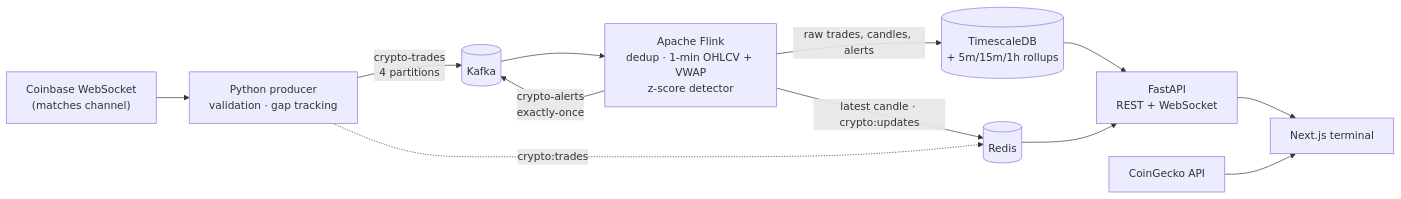
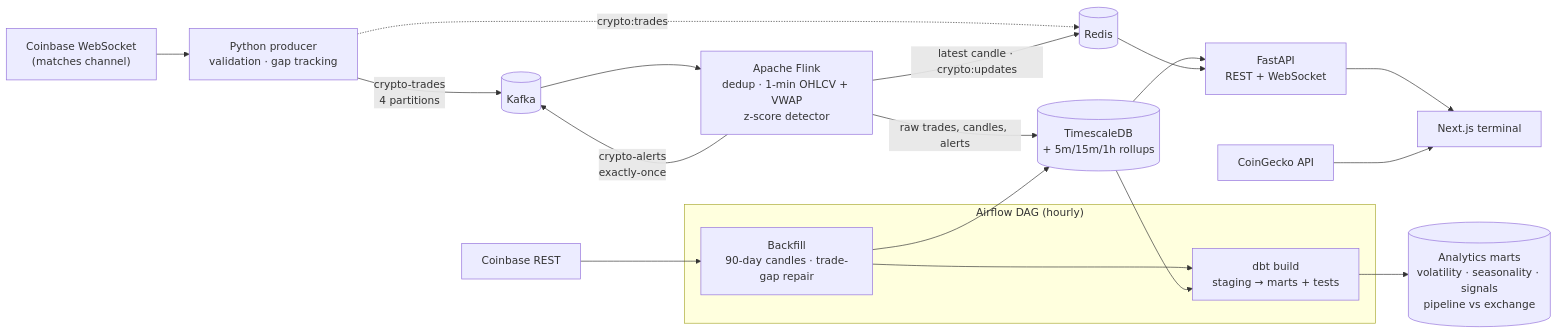
Before and after one commit to DiazSk/Real-Time-Cryptocurrency-Market-Analyzer: the diagram in README.md, drawn with Mermaid. The commit also changed other lines of this file, not shown here.

Commit message:
docs: analytics layer in README with measured results

````diff
--- a/README.md
+++ b/README.md
@@ -35,14 +40,21 @@
 ```mermaid
 flowchart LR
     CB["Coinbase WebSocket<br/>(matches channel)"] --> P["Python producer<br/>validation · gap tracking"]
     P -->|"crypto-trades<br/>4 partitions"| K[(Kafka)]
     P -. "crypto:trades" .-> R
     K --> F["Apache Flink<br/>dedup · 1-min OHLCV + VWAP<br/>z-score detector"]
     F -->|raw trades, candles, alerts| TS[("TimescaleDB<br/>+ 5m/15m/1h rollups")]
     F -->|"latest candle · crypto:updates"| R[(Redis)]
     F -->|"crypto-alerts<br/>exactly-once"| K
     TS --> API["FastAPI<br/>REST + WebSocket"]
     R --> API
     API --> UI["Next.js terminal"]
     CG["CoinGecko API"] --> UI
+    subgraph AF["Airflow DAG (hourly)"]
+        BF["Backfill<br/>90-day candles · trade-gap repair"] --> DBT["dbt build<br/>staging → marts + tests"]
+    end
+    CBR["Coinbase REST"] --> BF
+    BF --> TS
+    TS --> DBT
+    DBT --> M[("Analytics marts<br/>volatility · seasonality · signals<br/>pipeline vs exchange")]
 ```
````
